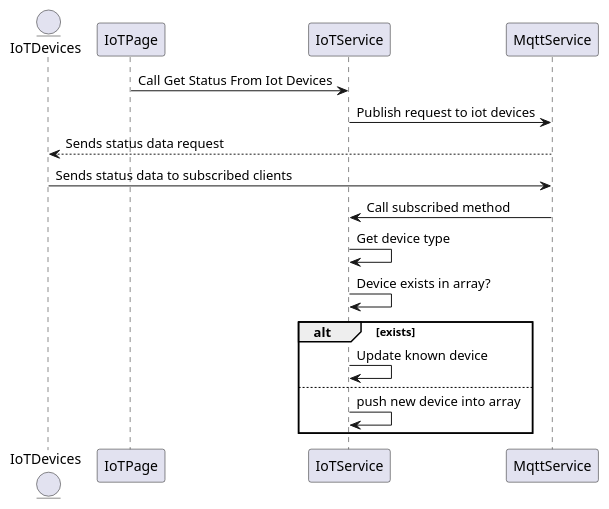
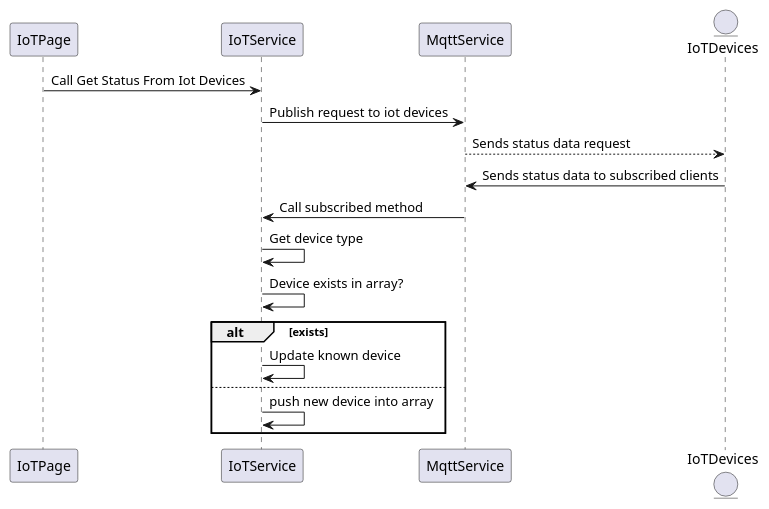
The diagram in docs/SSD diagrams/WebclientGetDeviceStatus.plantuml (Casp7654/XPower), drawn with PlantUML before and after one commit. The commit also changed other lines of this file, not shown here.

```diff
--- a/docs/SSD diagrams/WebclientGetDeviceStatus.plantuml
+++ b/docs/SSD diagrams/WebclientGetDeviceStatus.plantuml
@@ -1,22 +1,22 @@
 @startuml WebclientGetDeviceStatus
 
-entity IoTDevices as client
 participant IoTPage as page
 participant IoTService as service
 participant MqttService as mqttService
+entity IoTDevices as client
 
 page -> service: Call Get Status From Iot Devices
 service -> mqttService: Publish request to iot devices
 mqttService --> client: Sends status data request
 
 client -> mqttService: Sends status data to subscribed clients
 mqttService -> service: Call subscribed method
 service -> service: Get device type
 service -> service: Device exists in array?
 alt exists
     service -> service: Update known device
 else
     service -> service: push new device into array
 end
 
 @enduml
```
